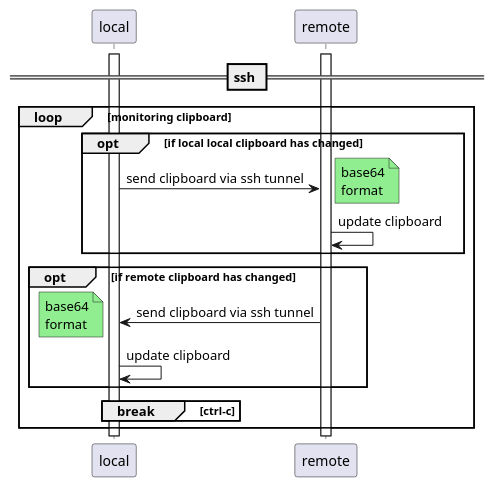
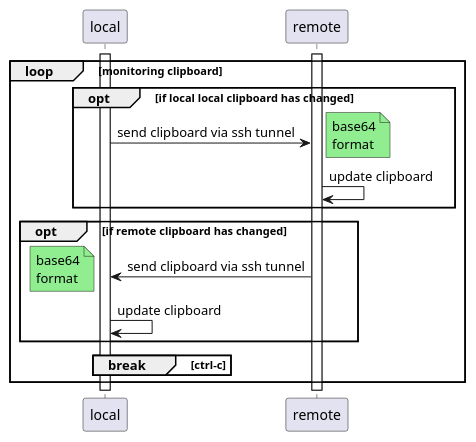
One commit to umaumax/playground changed the second of 4 diagrams in README.md. Above: the diagram before and after it, drawn with PlantUML.

````diff
--- a/README.md
+++ b/README.md
@@ -13,29 +13,27 @@
 ```plantuml
 @startuml
 
 participant "local" as Local
 participant "remote" as Remote
-
-== ssh ==
 
 loop monitoring clipboard
     opt if local local clipboard has changed
         activate Local
         Local -> Remote: send clipboard via ssh tunnel
         note right #lightgreen: base64\nformat
         Remote -> Remote: update clipboard
     end
 
     opt if remote clipboard has changed
         activate Remote
         Remote -> Local: send clipboard via ssh tunnel
         note left #lightgreen: base64\nformat
         Local -> Local: update clipboard
     end
 
     break ctrl-c
     end
 end
 
 @enduml
 ```
````
